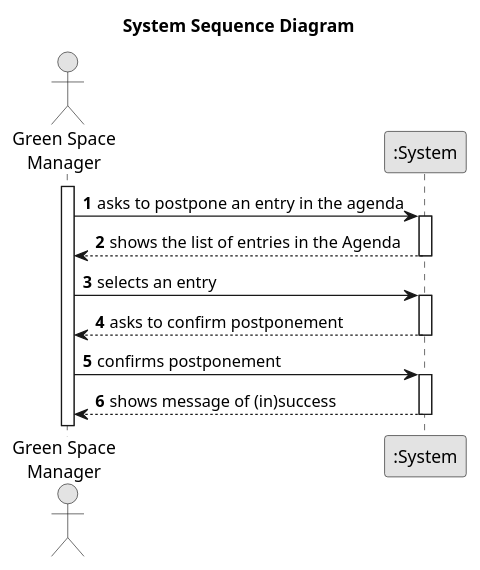
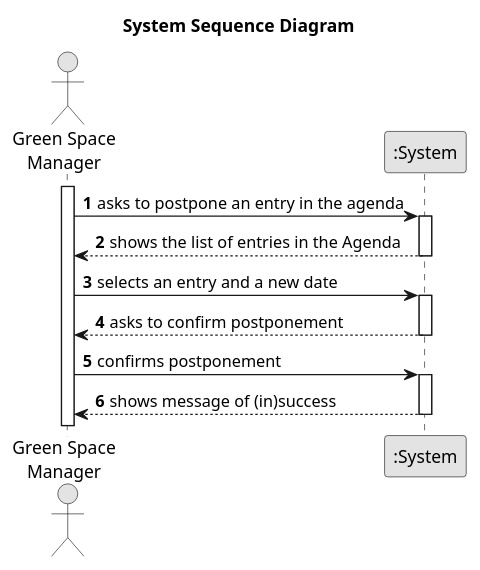
Before and after one commit to RicardoMorim/lapr2-ISEP-Project: the diagram in docs/sprintC/us024/01.requirements-engineering/puml/us024-alternative-one.puml, drawn with PlantUML. The commit also changed 5 other files, not shown here.

```diff
--- a/docs/sprintC/us024/01.requirements-engineering/puml/us024-alternative-one.puml
+++ b/docs/sprintC/us024/01.requirements-engineering/puml/us024-alternative-one.puml
@@ -1,33 +1,33 @@
 @startuml
 skinparam monochrome true
 skinparam packageStyle rectangle
 skinparam shadowing false
 
 title System Sequence Diagram
 
 autonumber
 
 actor "Green Space\nManager" as Employee
 participant ":System" as System
 
 activate Employee
 
     Employee -> System : asks to postpone an entry in the agenda
     activate System
 
     System --> Employee : shows the list of entries in the Agenda
     deactivate System
 
-    Employee -> System : selects an entry
+    Employee -> System : selects an entry and a new date
     activate System
 
     System --> Employee : asks to confirm postponement
     deactivate System
 
     Employee -> System : confirms postponement
     activate System
 
     System --> Employee : shows message of (in)success
     deactivate System
 
 @enduml
```
